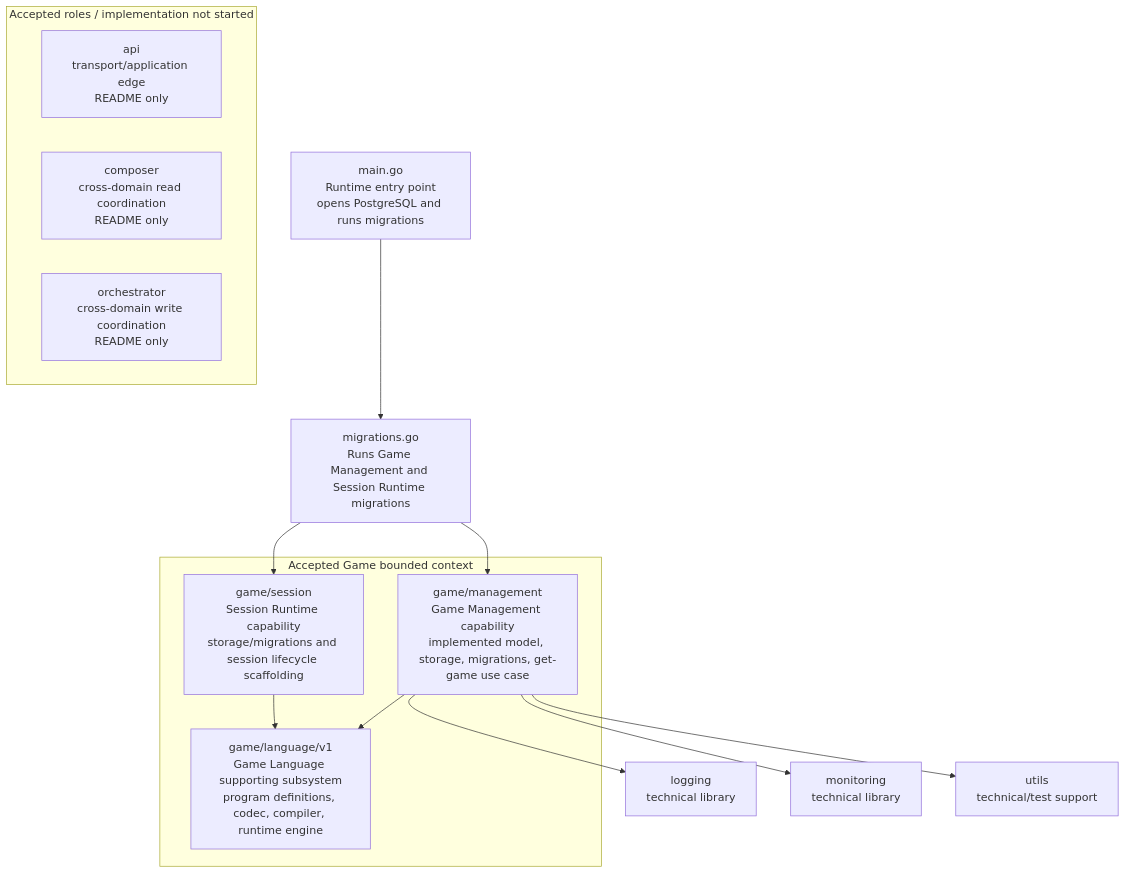
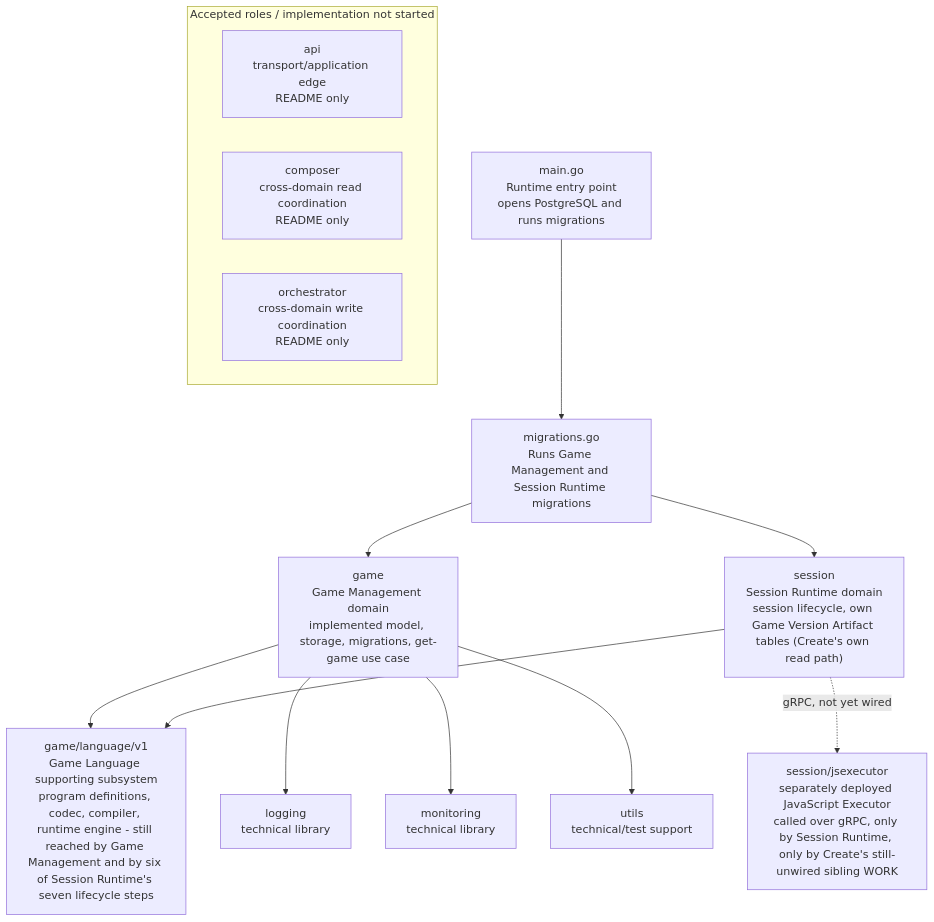
One commit to diegobermudez03/playhoot changed the diagram in docs/architecture/SYSTEM_MAP.md. Above: the diagram before and after it, drawn with Mermaid. The commit also changed other lines of this file and 309 other files, not shown here.

````diff
--- a/docs/architecture/SYSTEM_MAP.md
+++ b/docs/architecture/SYSTEM_MAP.md
@@ -5,30 +5,30 @@
 ```mermaid
 flowchart TB
     Main["main.go\nRuntime entry point\nopens PostgreSQL and runs migrations"]
     Migrations["migrations.go\nRuns Game Management and Session Runtime migrations"]
 
-    subgraph GameBC["Accepted Game bounded context"]
-        GM["game/management\nGame Management capability\nimplemented model, storage, migrations, get-game use case"]
-        SR["game/session\nSession Runtime capability\nstorage/migrations and session lifecycle scaffolding"]
-        GL["game/language/v1\nGame Language supporting subsystem\nprogram definitions, codec, compiler, runtime engine"]
-    end
+    GM["game\nGame Management domain\nimplemented model, storage, migrations, get-game use case"]
+    SR["session\nSession Runtime domain\nsession lifecycle, own Game Version Artifact tables (Create's own read path)"]
+    GL["game/language/v1\nGame Language supporting subsystem\nprogram definitions, codec, compiler, runtime engine - still reached by Game Management and by six of Session Runtime's seven lifecycle steps"]
+    JSExec["session/jsexecutor\nseparately deployed JavaScript Executor\ncalled over gRPC, only by Session Runtime, only by Create's still-unwired sibling WORK"]
 
     Logging["logging\ntechnical library"]
     Monitoring["monitoring\ntechnical library"]
     Utils["utils\ntechnical/test support"]
 
     subgraph DocumentedRoles["Accepted roles / implementation not started"]
         API["api\ntransport/application edge\nREADME only"]
         Composer["composer\ncross-domain read coordination\nREADME only"]
         Orchestrator["orchestrator\ncross-domain write coordination\nREADME only"]
     end
 
     Main --> Migrations
     Migrations --> GM
     Migrations --> SR
     GM --> GL
     SR --> GL
+    SR -. gRPC, not yet wired .-> JSExec
     GM --> Logging
     GM --> Monitoring
     GM --> Utils
 ```
````
